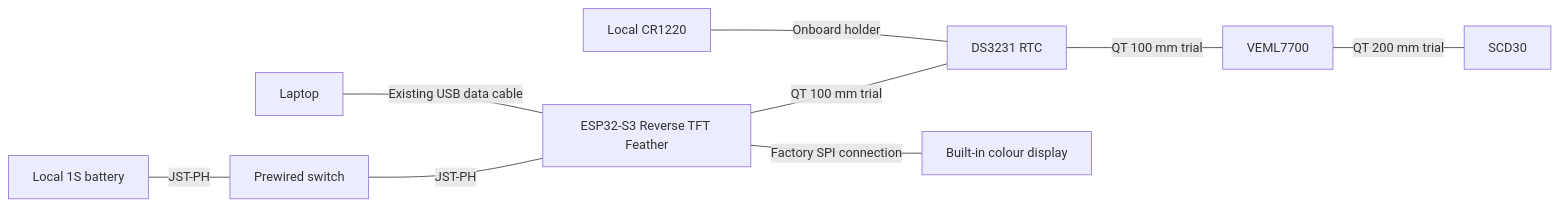
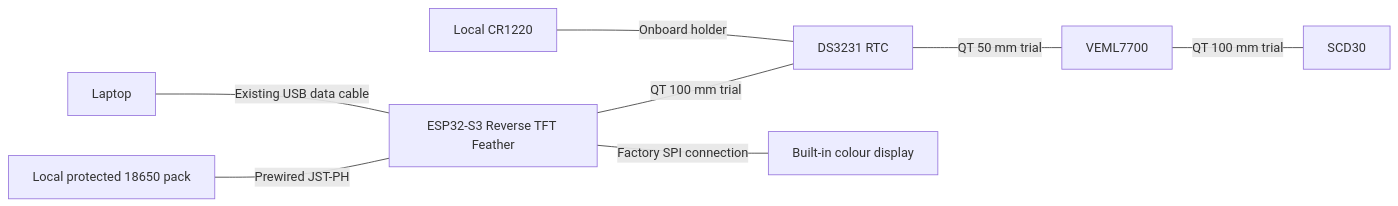
The diagram in hardware/BOM.md (erezfeuer/sensor-workshop), drawn with Mermaid before and after one commit. The commit also changed other lines of this file and 58 other files, not shown here.

````diff
--- a/hardware/BOM.md
+++ b/hardware/BOM.md
@@ -57,11 +56,10 @@
 ```mermaid
 flowchart LR
     F[ESP32-S3 Reverse TFT Feather] ---|QT 100 mm trial| R[DS3231 RTC]
-    R ---|QT 100 mm trial| L[VEML7700]
-    L ---|QT 200 mm trial| C[SCD30]
+    R ---|QT 50 mm trial| L[VEML7700]
+    L ---|QT 100 mm trial| C[SCD30]
     F ---|Factory SPI connection| D[Built-in colour display]
-    B[Local 1S battery] ---|JST-PH| S[Prewired switch]
-    S ---|JST-PH| F
+    B[Local protected 18650 pack] ---|Prewired JST-PH| F
     U[Laptop] ---|Existing USB data cable| F
     K[Local CR1220] ---|Onboard holder| R
 ```
````
